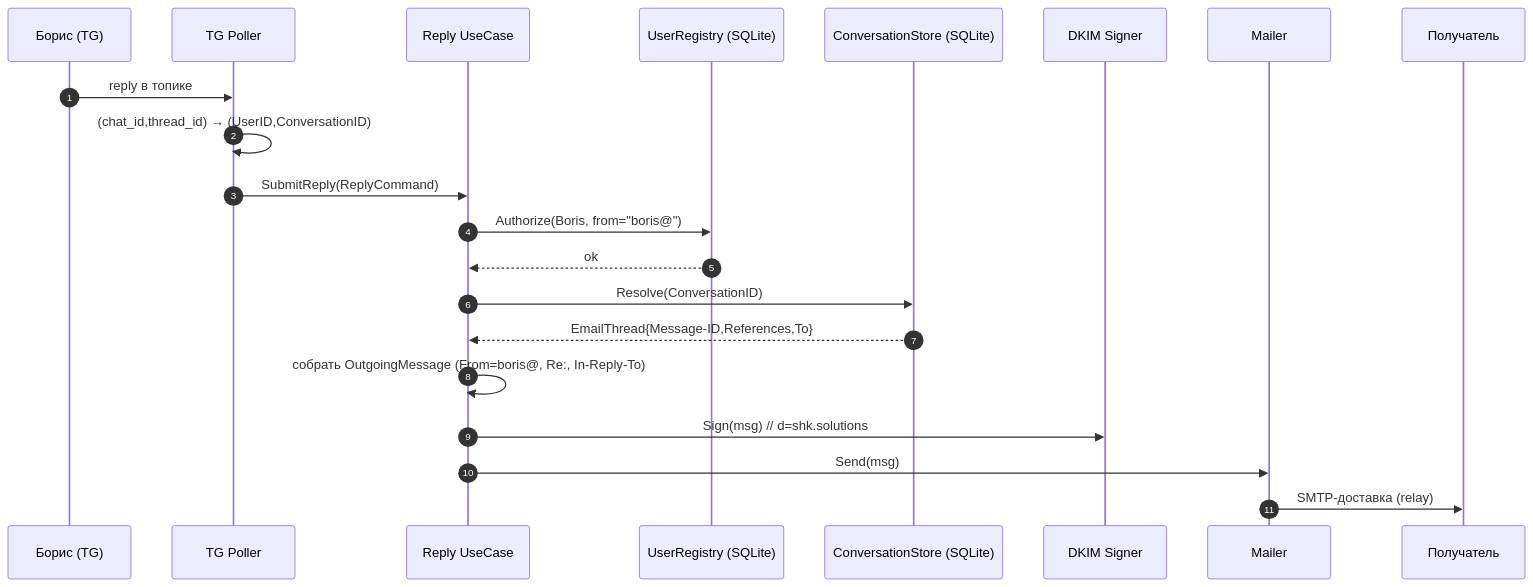
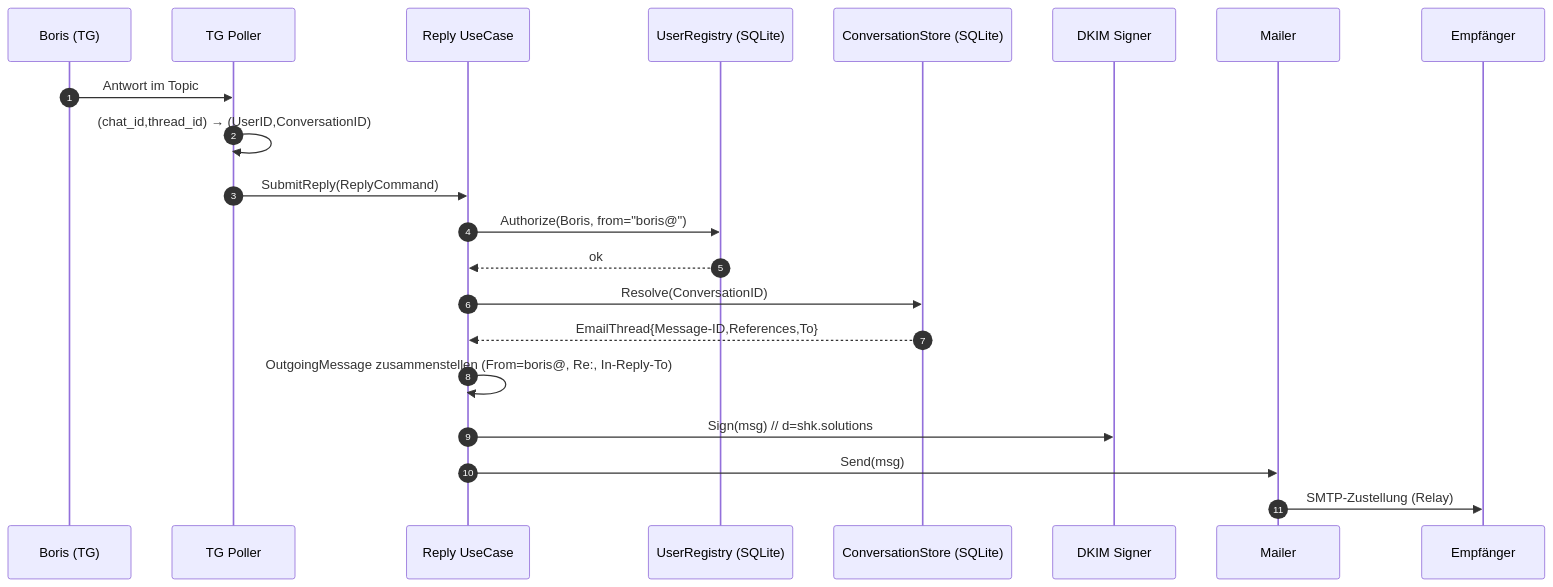
Before and after one commit to Alex84K/smpt_pet_proj: the seventh of 8 diagrams in docs/DESIGN_MVP.md, drawn with Mermaid. The commit also changed other lines of this file and 4 other files, not shown here.

````diff
--- a/docs/DESIGN_MVP.md
+++ b/docs/DESIGN_MVP.md
@@ -304,24 +308,24 @@
 ```mermaid
 sequenceDiagram
     autonumber
-    participant Boris as Борис (TG)
+    participant Boris as Boris (TG)
     participant POLL as TG Poller
     participant UC as Reply UseCase
     participant REG as UserRegistry (SQLite)
     participant CS as ConversationStore (SQLite)
     participant SIGN as DKIM Signer
     participant MAIL as Mailer
-    participant Ext as Получатель
+    participant Ext as Empfänger
 
-    Boris->>POLL: reply в топике
+    Boris->>POLL: Antwort im Topic
     POLL->>POLL: (chat_id,thread_id) → (UserID,ConversationID)
     POLL->>UC: SubmitReply(ReplyCommand)
     UC->>REG: Authorize(Boris, from="boris@")
     REG-->>UC: ok
     UC->>CS: Resolve(ConversationID)
     CS-->>UC: EmailThread{Message-ID,References,To}
-    UC->>UC: собрать OutgoingMessage (From=boris@, Re:, In-Reply-To)
+    UC->>UC: OutgoingMessage zusammenstellen (From=boris@, Re:, In-Reply-To)
     UC->>SIGN: Sign(msg)  // d=shk.solutions
     UC->>MAIL: Send(msg)
-    MAIL->>Ext: SMTP-доставка (relay)
+    MAIL->>Ext: SMTP-Zustellung (Relay)
 ```
````
